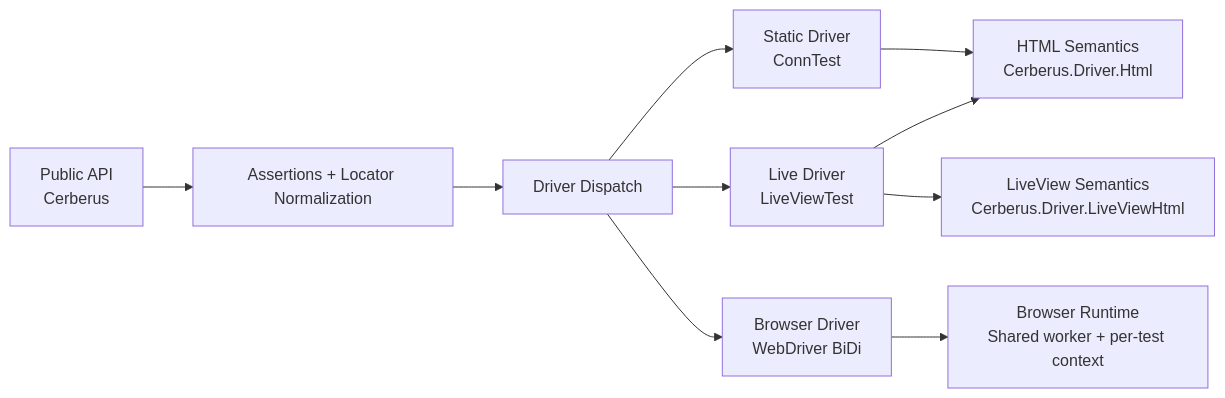
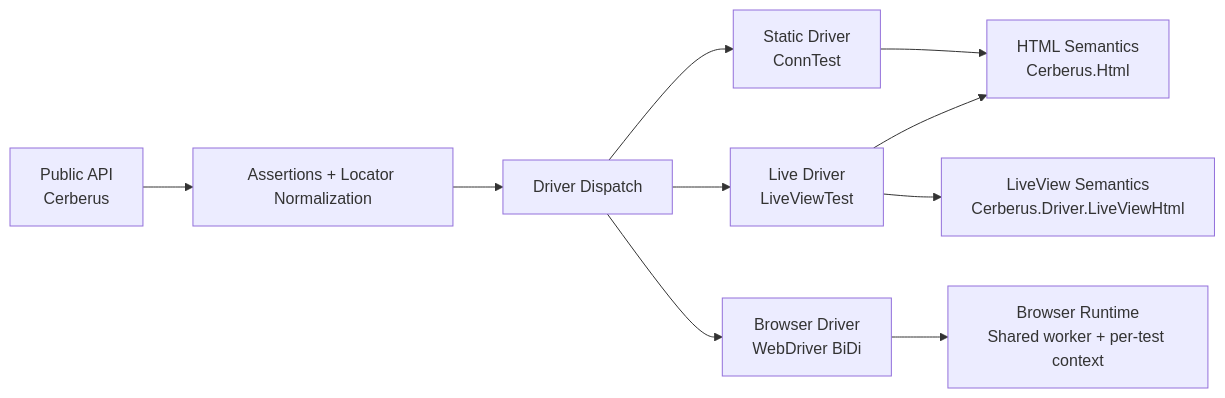
The diagram in docs/architecture.md (ftes/cerberus), drawn with Mermaid before and after one commit. The commit also changed 79 other files, not shown here.

````diff
--- a/docs/architecture.md
+++ b/docs/architecture.md
@@ -8,12 +8,12 @@
 ```mermaid
 flowchart LR
   A[Public API\nCerberus] --> B[Assertions + Locator Normalization]
   B --> C[Driver Dispatch]
   C --> D[Static Driver\nConnTest]
   C --> E[Live Driver\nLiveViewTest]
   C --> F[Browser Driver\nWebDriver BiDi]
-  D --> G[HTML Semantics\nCerberus.Driver.Html]
+  D --> G[HTML Semantics\nCerberus.Html]
   E --> G
   E --> H[LiveView Semantics\nCerberus.Driver.LiveViewHtml]
   F --> I[Browser Runtime\nShared worker + per-test context]
 ```
````
